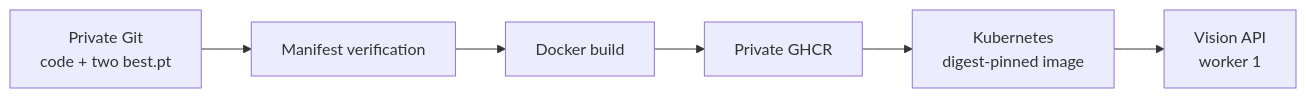
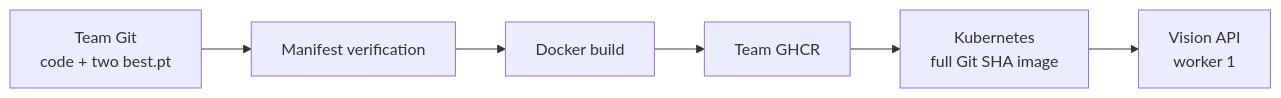
One commit to nhnacademy-aiot3-yes-ai-do/Vision_server changed the fourth of 4 diagrams in docs/ARCHITECTURE.md. Above: the diagram before and after it, drawn with Mermaid. The commit also changed other lines of this file and 17 other files, not shown here.

````diff
--- a/docs/ARCHITECTURE.md
+++ b/docs/ARCHITECTURE.md
@@ -170,11 +170,11 @@
 ```mermaid
 flowchart LR
-    G[Private Git<br/>code + two best.pt]
+    G[Team Git<br/>code + two best.pt]
     V[Manifest verification]
     B[Docker build]
-    R[Private GHCR]
-    K[Kubernetes<br/>digest-pinned image]
+    R[Team GHCR]
+    K[Kubernetes<br/>full Git SHA image]
     A[Vision API<br/>worker 1]
 
     G --> V --> B --> R --> K --> A
 ```
````
